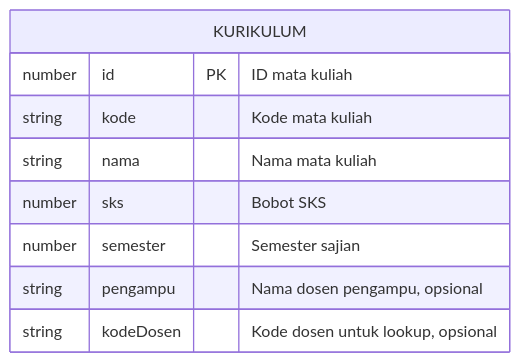
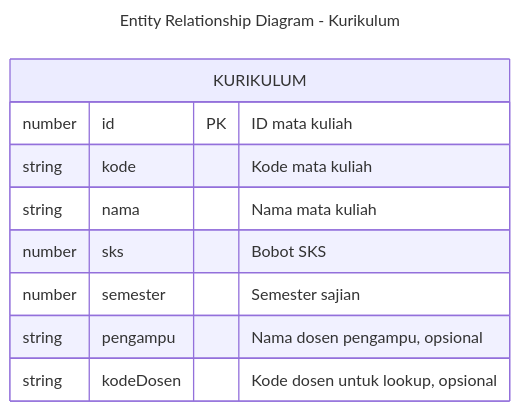
Before and after one commit to ipo-rk/Perancangan-Dan-Pengembangan-website-profil-UMP-: the diagram in assets/docs/erDiagram.mmd, drawn with Mermaid. The commit also changed 67 other files, not shown here.

Commit message:
UPgrade Diagram Admin

```diff
--- a/assets/docs/erDiagram.mmd
+++ b/assets/docs/erDiagram.mmd
@@ -1,10 +1,13 @@
+---
+title: Entity Relationship Diagram - Kurikulum
+---
 erDiagram
     KURIKULUM {
         number id PK "ID mata kuliah"
         string kode "Kode mata kuliah"
         string nama "Nama mata kuliah"
         number sks "Bobot SKS"
         number semester "Semester sajian"
         string pengampu "Nama dosen pengampu, opsional"
         string kodeDosen "Kode dosen untuk lookup, opsional"
     }
```
